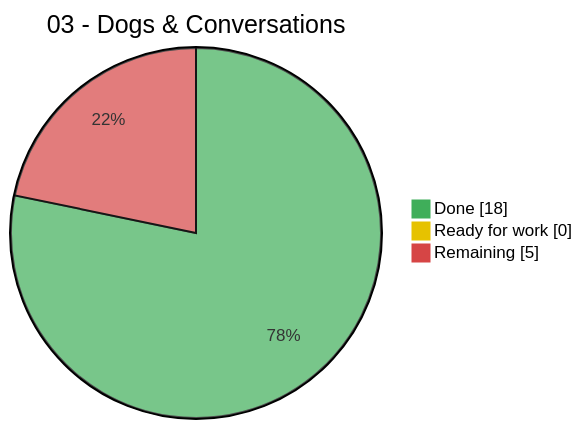
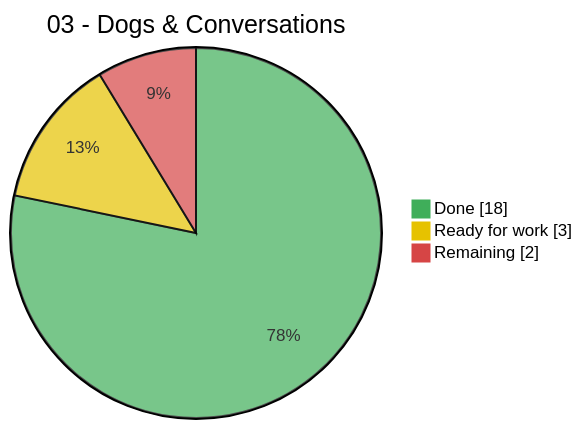
The first of 2 diagrams in .claude/skills/pipeline-dashboard/tests/expected_dashboard.md (derekwinters/lucas-doggiehood), drawn with Mermaid before and after one commit. The commit also changed other lines of this file and 5 other files, not shown here.

First line of the commit message:
feat(dashboard): star unblocking issues in the ready-for-work queue

````diff
--- a/.claude/skills/pipeline-dashboard/tests/expected_dashboard.md
+++ b/.claude/skills/pipeline-dashboard/tests/expected_dashboard.md
@@ -10,7 +10,7 @@
 ```mermaid
 %%{init: {"themeVariables": {"pie1": "#3fae5a", "pie2": "#e6c200", "pie3": "#d64545"}}}%%
 pie showData title 03 - Dogs & Conversations
     "Done" : 18
-    "Ready for work" : 0
-    "Remaining" : 5
+    "Ready for work" : 3
+    "Remaining" : 2
 ```
````
